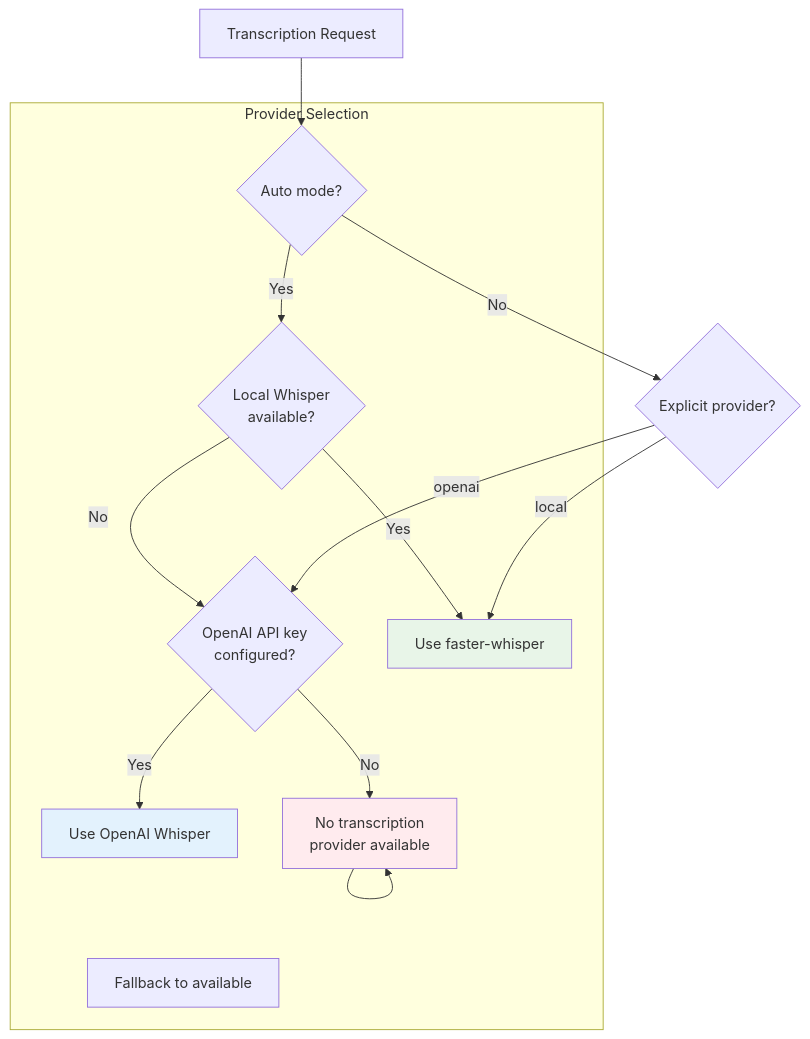
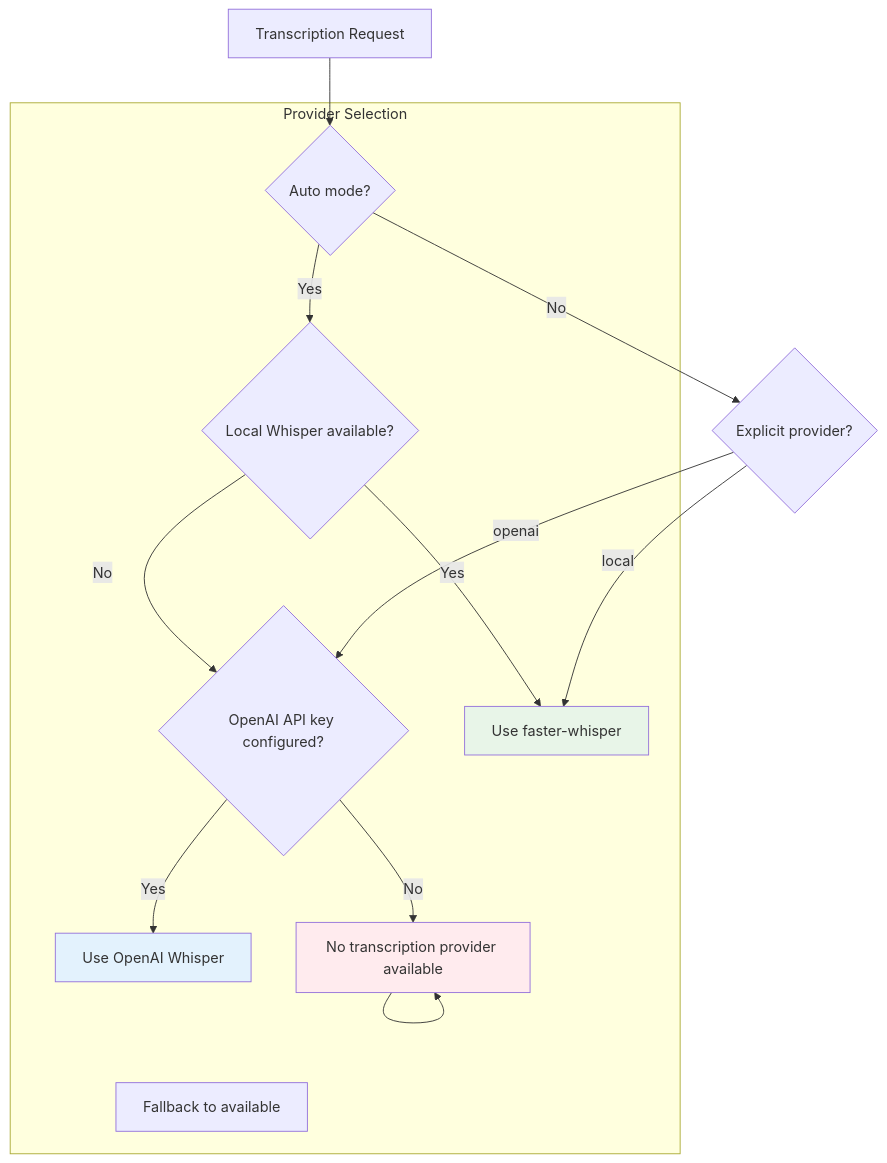
Before and after one commit to bradsjm/broadcastify-calls: the seventh of 8 diagrams in README.md, drawn with Mermaid. The commit also changed other lines of this file, not shown here.

````diff
--- a/README.md
+++ b/README.md
@@ -799,31 +799,31 @@
 ```mermaid
 flowchart TD
     START[Transcription Request]
-    
+
     subgraph "Provider Selection"
         AUTO{Auto mode?}
-        LOCAL{Local Whisper<br/>available?}
-        API_KEY{OpenAI API key<br/>configured?}
+        LOCAL{Local Whisper available?}
+        API_KEY{OpenAI API key configured?}
         USE_LOCAL[Use faster-whisper]
         USE_OPENAI[Use OpenAI Whisper]
         FALLBACK[Fallback to available]
-        ERROR[No transcription<br/>provider available]
+        ERROR[No transcription provider available]
     end
-    
+
     START --> AUTO
     AUTO -->|Yes| LOCAL
     AUTO -->|No| PROVIDER_CHECK{Explicit provider?}
     LOCAL -->|Yes| USE_LOCAL
     LOCAL -->|No| API_KEY
     API_KEY -->|Yes| USE_OPENAI
     API_KEY -->|No| ERROR
-    
+
     PROVIDER_CHECK -->|local| USE_LOCAL
     PROVIDER_CHECK -->|openai| API_KEY
-    
+
     ERROR --> ERROR
-    
+
     style USE_LOCAL fill:#e8f5e8
     style USE_OPENAI fill:#e3f2fd
     style ERROR fill:#ffebee
 ```
````
